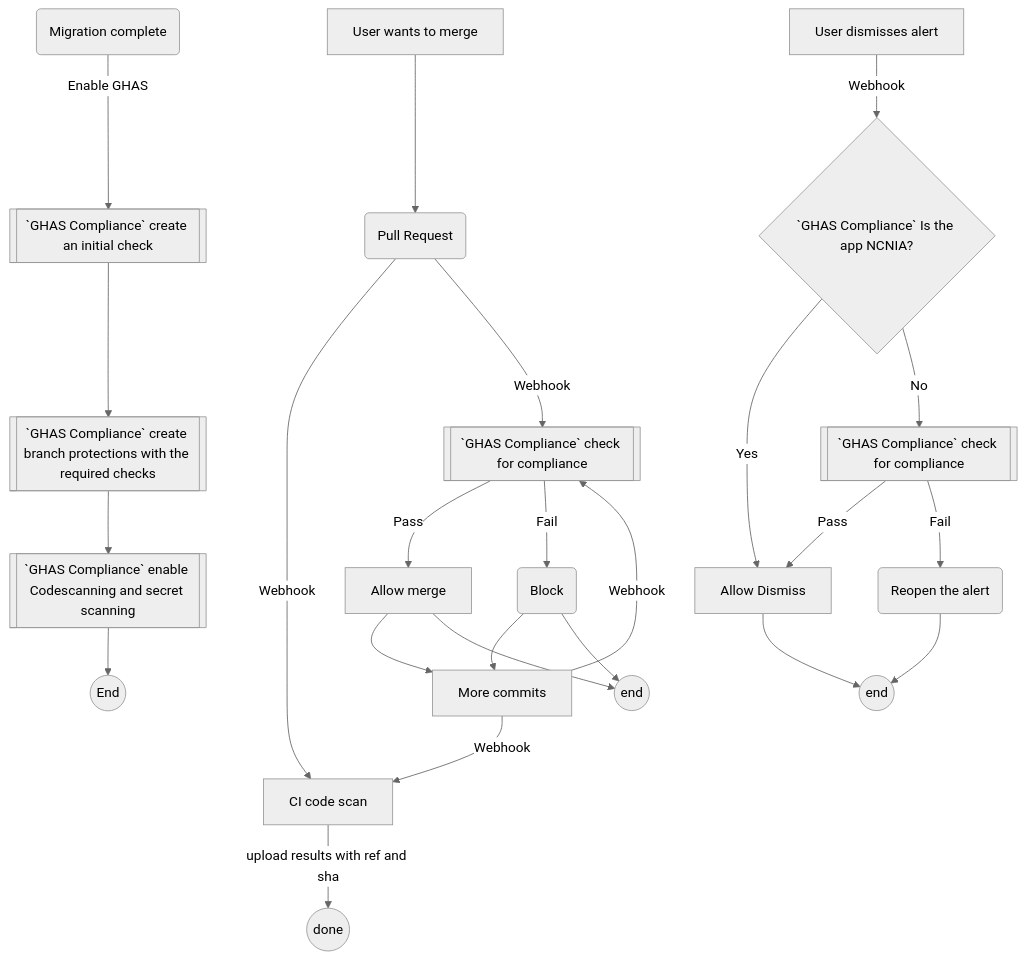
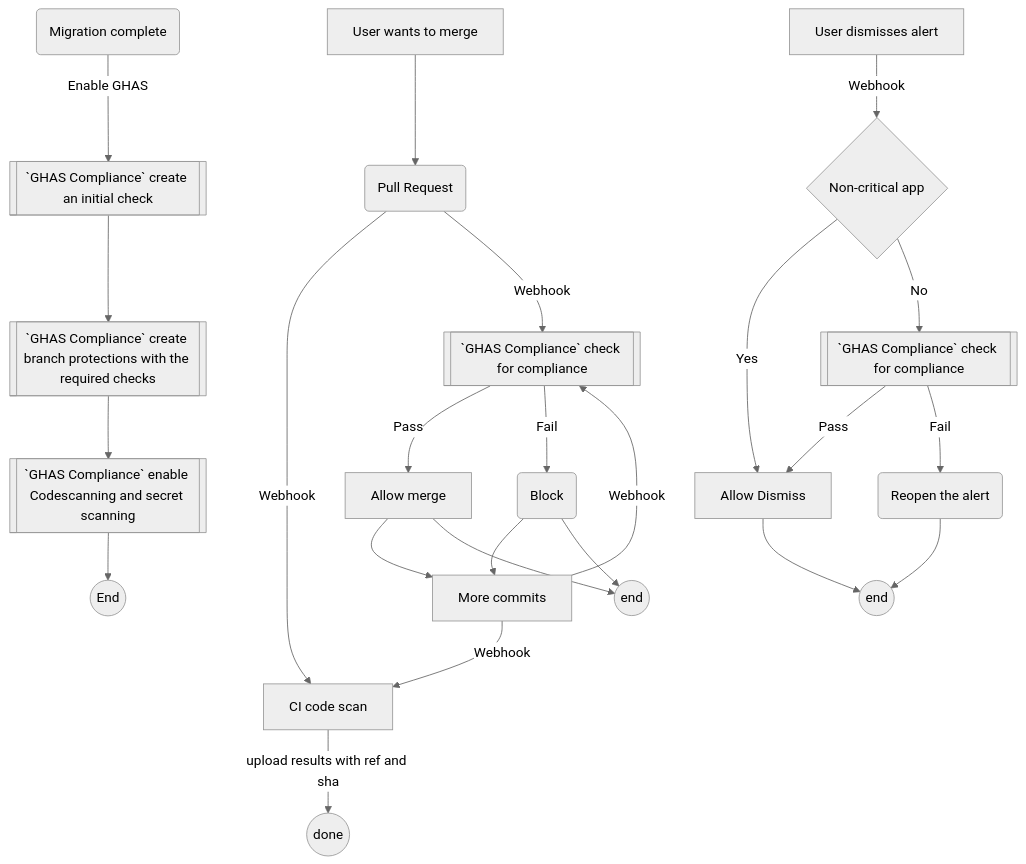
The diagram in README.md (decyjphr-org/ghas-compliance), drawn with Mermaid (neutral theme) before and after one commit.

````diff
--- a/README.md
+++ b/README.md
@@ -8,28 +8,28 @@
 ```mermaid
 graph TD
     A(Migration complete) -->|Enable GHAS | B[[`GHAS Compliance` create an initial check]]
     B --> C[[`GHAS Compliance` create branch protections with the required checks]]
     C --> D[[`GHAS Compliance` enable Codescanning and secret scanning]]
     D --> E((End))
 
     PR1[User wants to merge] --> PR2(Pull Request)
     PR2 -->|Webhook| PR3[CI code scan]
     PR3 -->|upload results with ref and sha| PR4((done))
     PR11[More commits] -->|Webhook| PR3
     PR2 -->|Webhook| PR5[[`GHAS Compliance` check for compliance]]
     PR11 -->|Webhook| PR5
     PR5 -->|Pass| PR8[Allow merge]
     PR8 --> PR11
     PR5 -->|Fail| PR6(Block)
     PR6 --> PR11
     PR8 --> PR7((end))
     PR6 --> PR7
 
-    DPR1[User dismisses alert] -->|Webhook| DPR2{`GHAS Compliance` Is the app NCNIA?}
+    DPR1[User dismisses alert] -->|Webhook| DPR2{Non-critical app}
     DPR2 -->|Yes| DPR8[Allow Dismiss]
     DPR2 -->|No| DPR4[[`GHAS Compliance` check for compliance]]
     DPR4 -->|Pass| DPR8
     DPR4 -->|Fail| DPR5(Reopen the alert)
     DPR8 --> DPR6((end))
     DPR5 --> DPR6
 ```
````
